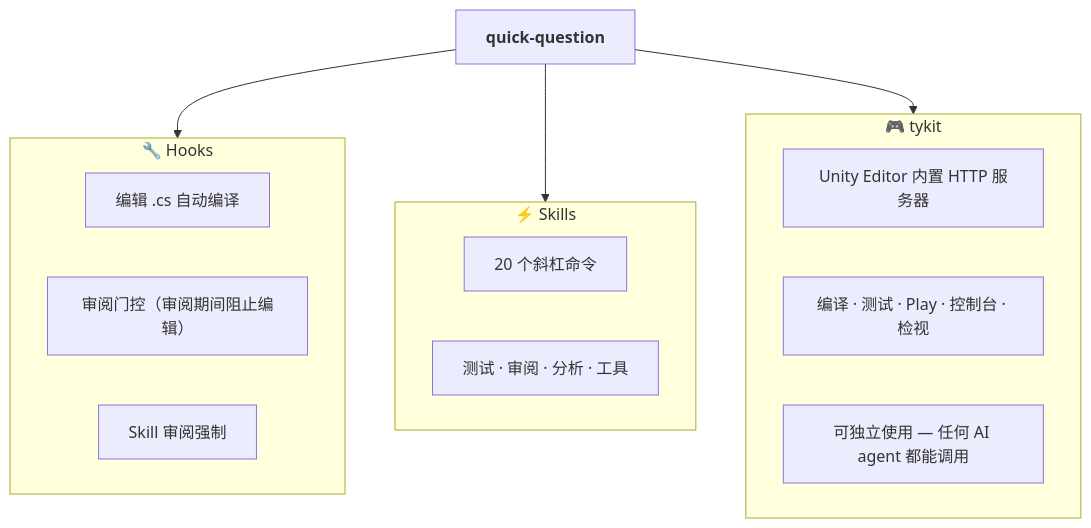
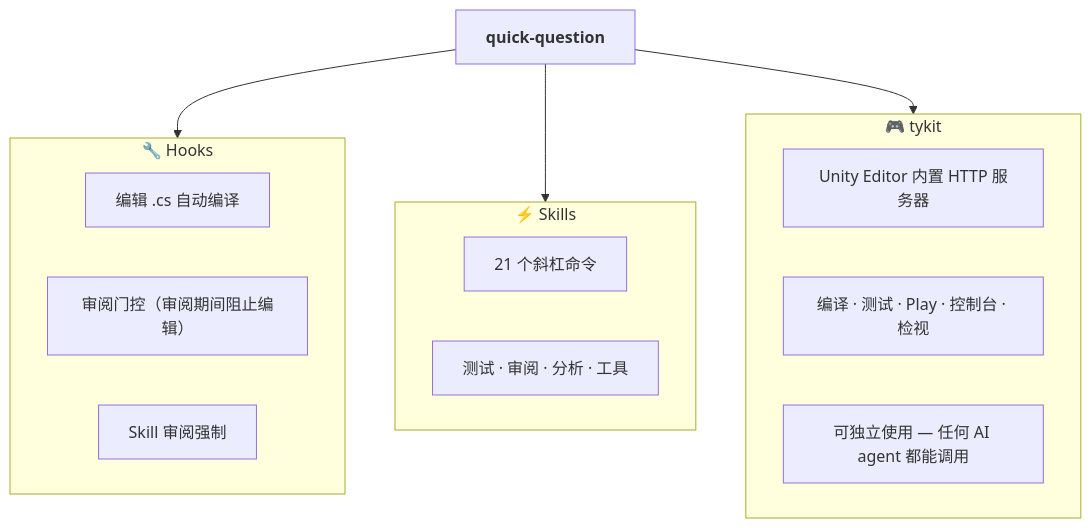
The seventh of 11 diagrams in README.md (tykisgod/quick-question), drawn with Mermaid before and after one commit. The commit also changed other lines of this file, not shown here.

````diff
--- a/README.md
+++ b/README.md
@@ -688,25 +690,25 @@
 ```mermaid
 flowchart TB
     QQ["<b>quick-question</b>"]
 
     subgraph H["🔧 Hooks"]
         H1["编辑 .cs 自动编译"]
         H2["审阅门控（审阅期间阻止编辑）"]
         H3["Skill 审阅强制"]
     end
 
     subgraph S["⚡ Skills"]
-        S1["20 个斜杠命令"]
+        S1["21 个斜杠命令"]
         S2["测试 · 审阅 · 分析 · 工具"]
     end
 
     subgraph T["🎮 tykit"]
         T1["Unity Editor 内置 HTTP 服务器"]
         T2["编译 · 测试 · Play · 控制台 · 检视"]
         T3["可独立使用 — 任何 AI agent 都能调用"]
     end
 
     QQ --> H
     QQ --> S
     QQ --> T
 ```
````
